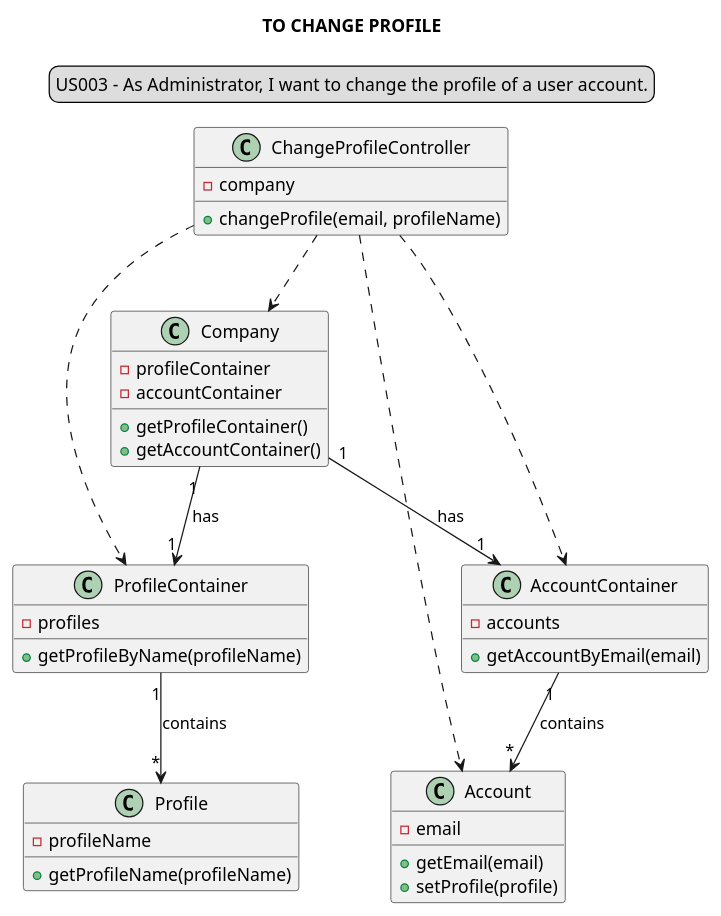
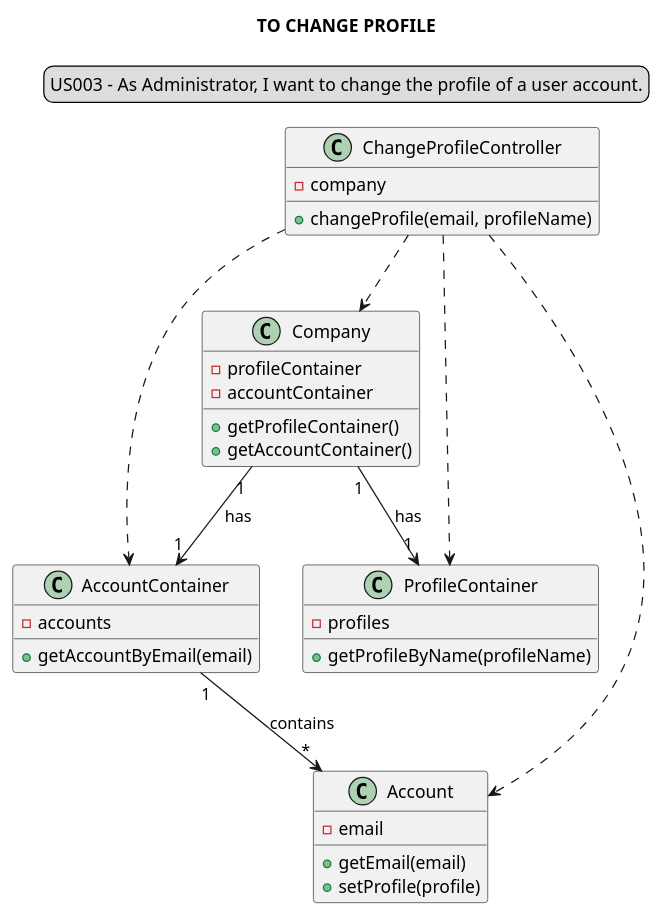
Before and after one commit to Loracline/project_switch_22-23: the diagram in docs/modelling_design/user_stories/us003/US003_classDiagram.puml, drawn with PlantUML. The commit also changed 54 other files, not shown here.

Commit message:
UC Diagram - SSD - Sequence Diagram | Final update before Sprint #1

```diff
--- a/docs/modelling_design/user_stories/us003/US003_classDiagram.puml
+++ b/docs/modelling_design/user_stories/us003/US003_classDiagram.puml
@@ -1,51 +1,46 @@
 @startuml
 
 skinparam sequenceMessageAlign center
 title TO CHANGE PROFILE
 legend top
 US003 - As Administrator, I want to change the profile of a user account.
 end legend
 
 class ChangeProfileController {
 -company
 +changeProfile(email, profileName)
 }
 
 class Company {
 -profileContainer
 -accountContainer
 +getProfileContainer()
 +getAccountContainer()
 }
 
 class ProfileContainer {
 -profiles
 +getProfileByName(profileName)
 }
 
 class AccountContainer {
 -accounts
 +getAccountByEmail(email)
 }
 
 class Account{
 -email
 +getEmail(email)
 +setProfile(profile)
 }
 
-class Profile{
--profileName
-+getProfileName(profileName)
-}
 
 ChangeProfileController ..> Company
 ChangeProfileController ..> ProfileContainer
 ChangeProfileController ..> AccountContainer
 ChangeProfileController ..> Account
 Company "1"-->"1" AccountContainer: has
 Company "1"-->"1" ProfileContainer: has
 AccountContainer "1"-->"*" Account: contains
-ProfileContainer "1"-->"*" Profile: contains
 
 @enduml
```
